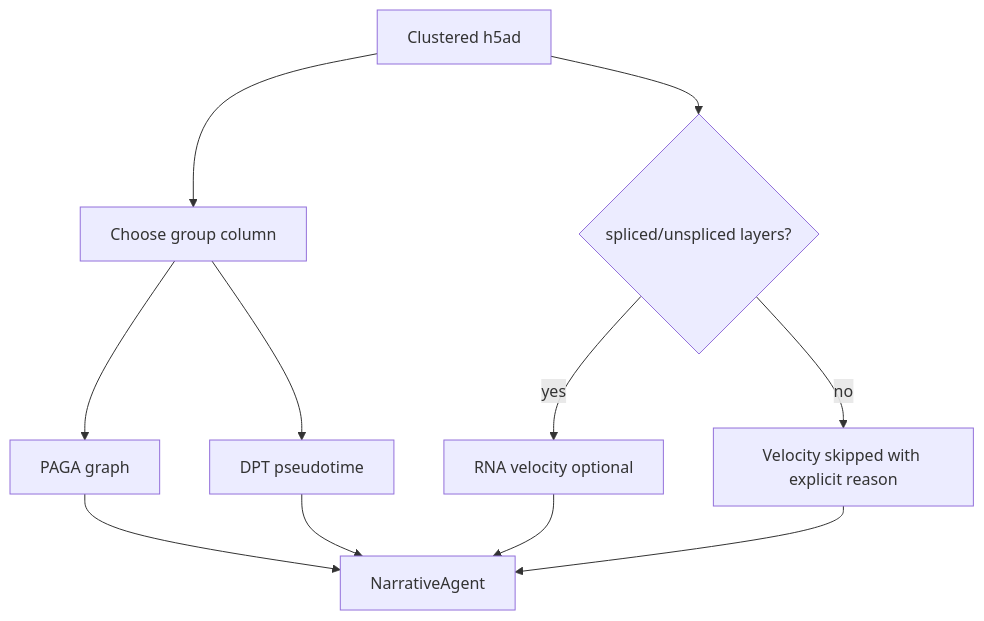
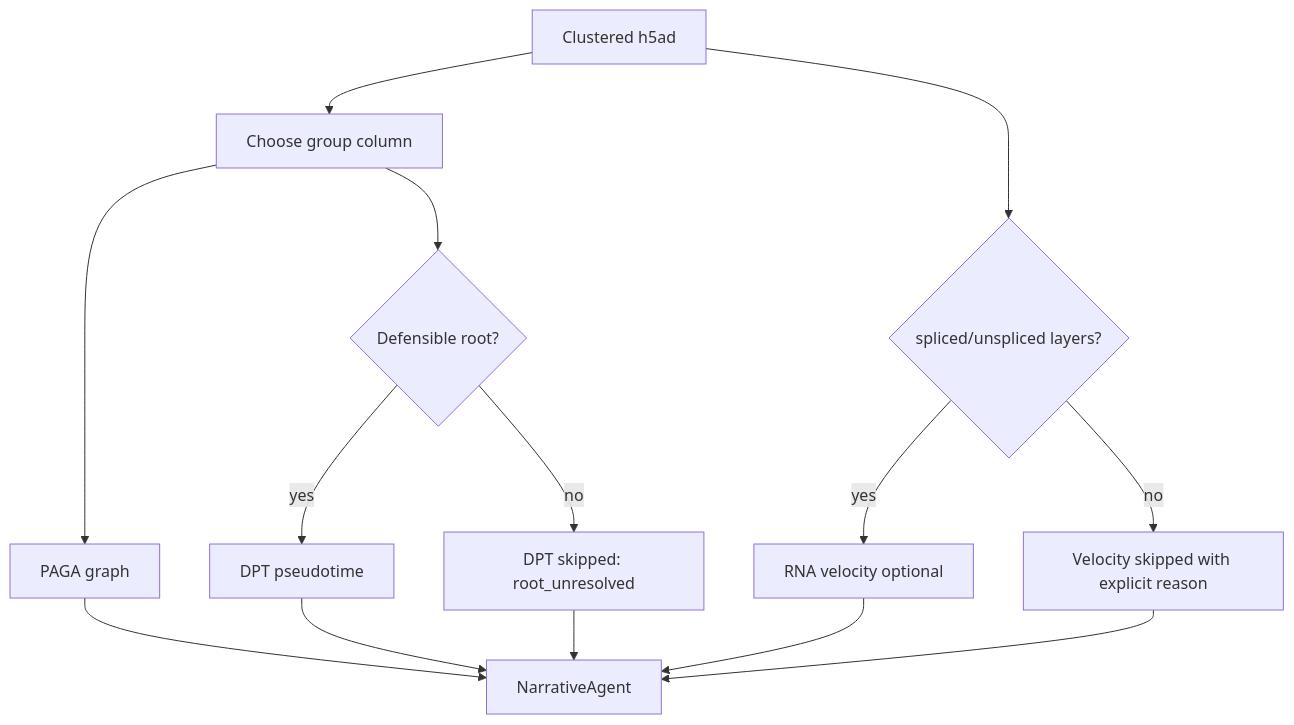
The diagram in docs/workflows/trajectory.md (Olascoaga/aria-omics), drawn with Mermaid before and after one commit. The commit also changed other lines of this file and 11 other files, not shown here.

````diff
--- a/docs/workflows/trajectory.md
+++ b/docs/workflows/trajectory.md
@@ -22,13 +39,16 @@
 ```mermaid
 flowchart TD
     H[Clustered h5ad] --> G[Choose group column]
     G --> PAGA[PAGA graph]
-    G --> DPT[DPT pseudotime]
+    G --> R{Defensible root?}
+    R -->|yes| DPT[DPT pseudotime]
+    R -->|no| DSKIP[DPT skipped: root_unresolved]
     H --> V{spliced/unspliced layers?}
     V -->|yes| RV[RNA velocity optional]
     V -->|no| SKIP[Velocity skipped with explicit reason]
     PAGA --> N[NarrativeAgent]
     DPT --> N
+    DSKIP --> N
     RV --> N
     SKIP --> N
 ```
````
